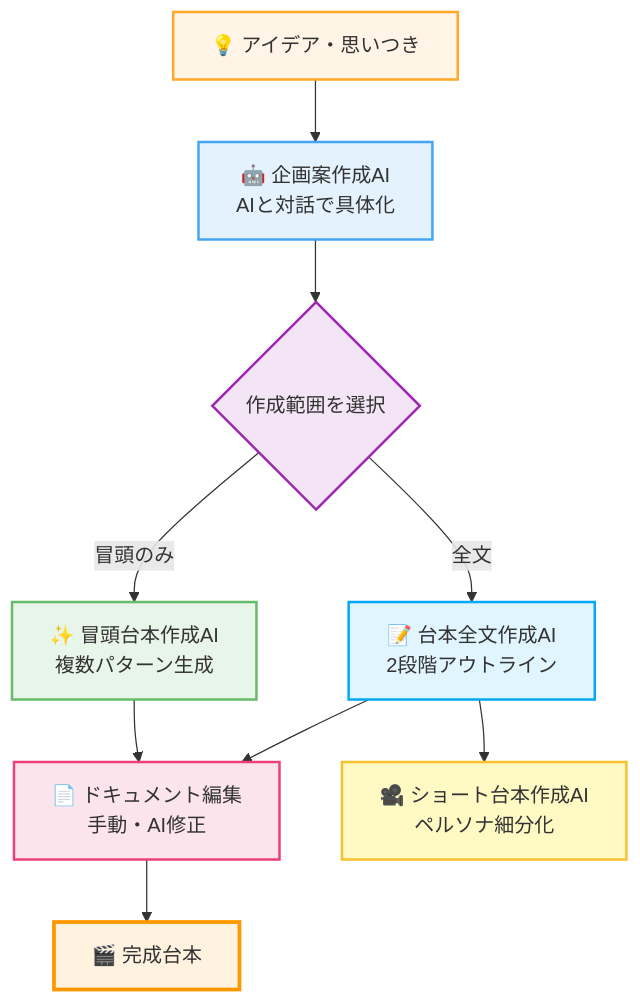
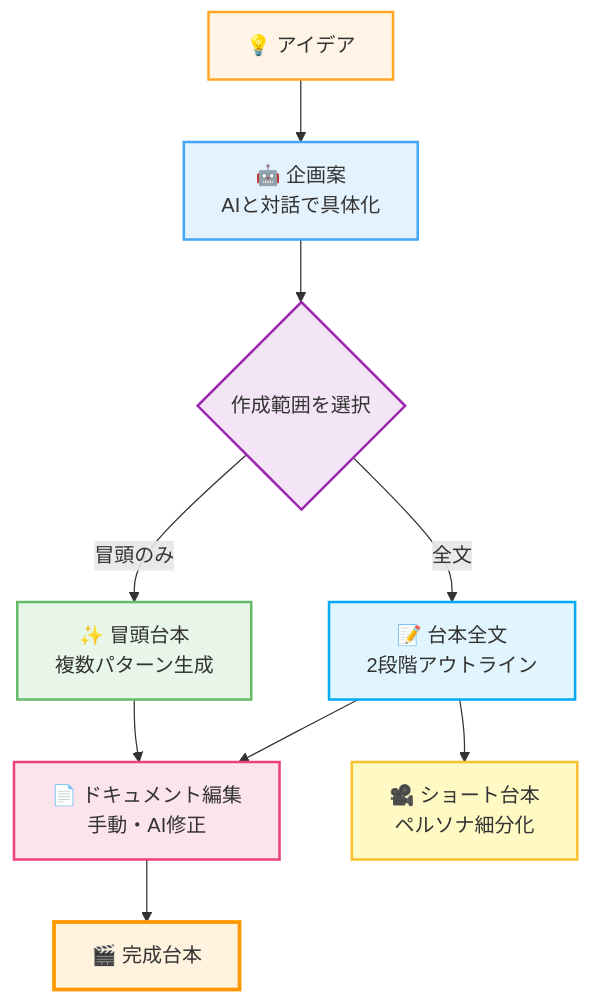
Before and after one commit to ele-inc/zero_user_manual: the diagram in docs/index.md, drawn with Mermaid. The commit also changed other lines of this file, not shown here.

````diff
--- a/docs/index.md
+++ b/docs/index.md
@@ -51,19 +51,19 @@
 ```mermaid
 graph TB
-    A[💡 アイデア・思いつき] --> B[🤖 企画案作成AI<br/>AIと対話で具体化]
+    A[💡 アイデア] --> B[🤖 企画案<br/>AIと対話で具体化]
     B --> C{作成範囲を選択}
-    C -->|冒頭のみ| D[✨ 冒頭台本作成AI<br/>複数パターン生成]
-    C -->|全文| E[📝 台本全文作成AI<br/>2段階アウトライン]
+    C -->|冒頭のみ| D[✨ 冒頭台本<br/>複数パターン生成]
+    C -->|全文| E[📝 台本全文<br/>2段階アウトライン]
     D --> F[📄 ドキュメント編集<br/>手動・AI修正]
     E --> F
-    E --> H[🎥 ショート台本作成AI<br/>ペルソナ細分化]
+    E --> H[🎥 ショート台本<br/>ペルソナ細分化]
     F --> G[🎬 完成台本]
     style A fill:#fff4e6,stroke:#ffa726,stroke-width:2px
     style B fill:#e3f2fd,stroke:#42a5f5,stroke-width:2px
     style C fill:#f3e5f5,stroke:#9c27b0,stroke-width:2px
     style D fill:#e8f5e9,stroke:#66bb6a,stroke-width:2px
     style E fill:#e1f5fe,stroke:#03a9f4,stroke-width:2px
     style F fill:#fce4ec,stroke:#ec407a,stroke-width:2px
     style G fill:#fff3e0,stroke:#ff9800,stroke-width:3px
     style H fill:#fff9c4,stroke:#fbc02d,stroke-width:2px
 ```
````
